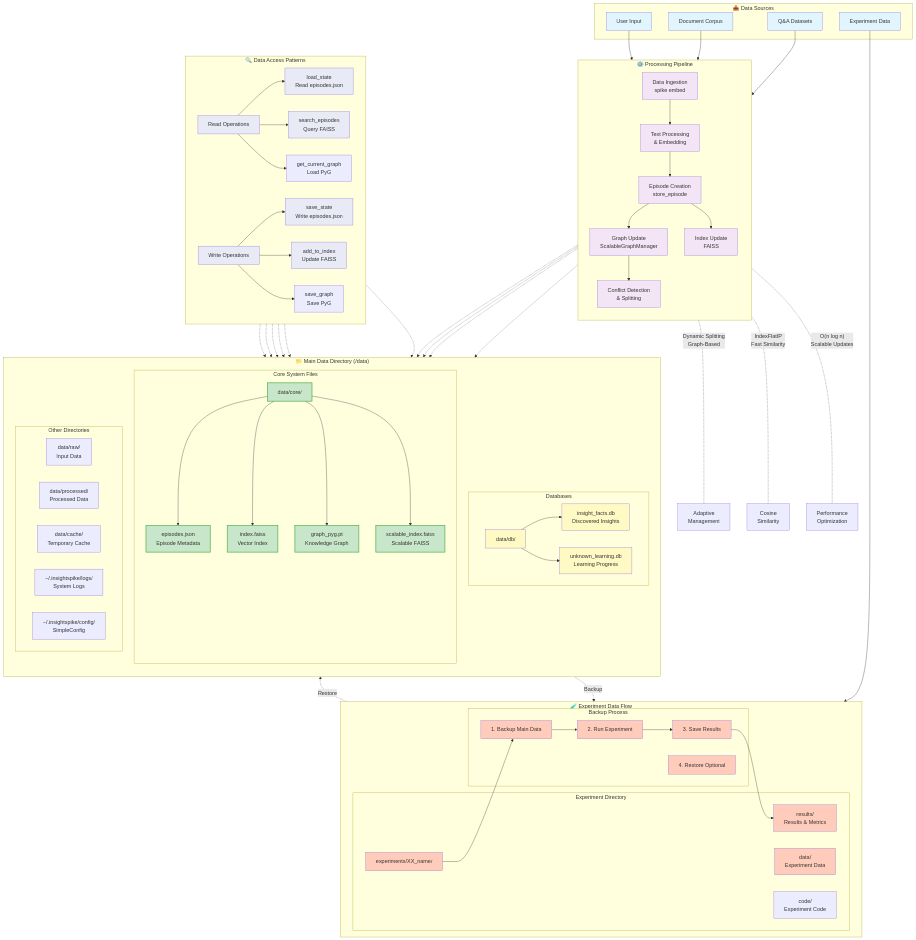
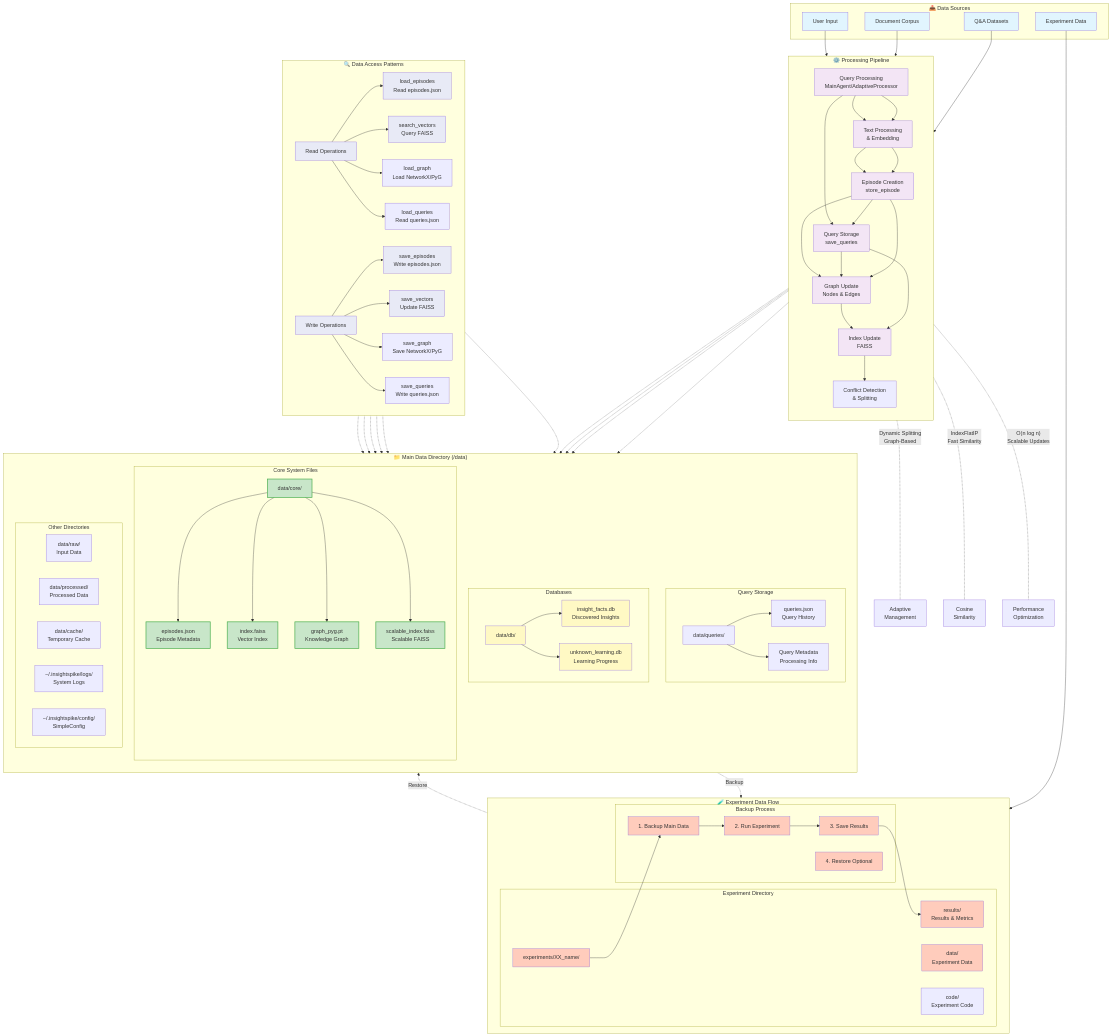
Before and after one commit to miyauchikazuyoshi/InsightSpike-AI: the diagram in docs/diagrams/DATA_FLOW_ARCHITECTURE.mermaid, drawn with Mermaid. The commit also changed 311 other files, not shown here.

```diff
--- a/docs/diagrams/DATA_FLOW_ARCHITECTURE.mermaid
+++ b/docs/diagrams/DATA_FLOW_ARCHITECTURE.mermaid
@@ -1,144 +1,164 @@
 %% InsightSpike-AI Data Flow Architecture
 %% Data flow and management structure
 
 flowchart TB
     %% Data Sources
     subgraph "📥 Data Sources"
         DS1[User Input]
         DS2[Document Corpus]
         DS3[Q&A Datasets]
         DS4[Experiment Data]
     end
     
     %% Main Data Directory Structure
     subgraph "📁 Main Data Directory (/data)"
         direction TB
         
         subgraph "Core System Files"
             Core[data/core/]
             Core_Ep[episodes.json<br/>Episode Metadata]
             Core_Idx[index.faiss<br/>Vector Index]
             Core_Graph[graph_pyg.pt<br/>Knowledge Graph]
             Core_Scale[scalable_index.faiss<br/>Scalable FAISS]
             
             Core --> Core_Ep
             Core --> Core_Idx
             Core --> Core_Graph
             Core --> Core_Scale
+        end
+        
+        subgraph "Query Storage"
+            Queries[data/queries/]
+            Queries_Json[queries.json<br/>Query History]
+            Queries_Meta[Query Metadata<br/>Processing Info]
+            
+            Queries --> Queries_Json
+            Queries --> Queries_Meta
         end
         
         subgraph "Databases"
             DB[data/db/]
             DB_Insights[insight_facts.db<br/>Discovered Insights]
             DB_Learn[unknown_learning.db<br/>Learning Progress]
             
             DB --> DB_Insights
             DB --> DB_Learn
         end
         
         subgraph "Other Directories"
             Raw[data/raw/<br/>Input Data]
             Proc[data/processed/<br/>Processed Data]
             Cache[data/cache/<br/>Temporary Cache]
             Logs[~/.insightspike/logs/<br/>System Logs]
             Config[~/.insightspike/config/<br/>SimpleConfig]
         end
     end
     
     %% Experiment Data Flow
     subgraph "🧪 Experiment Data Flow"
         direction LR
         
         subgraph "Experiment Directory"
             Exp[experiments/XX_name/]
             ExpData[data/<br/>Experiment Data]
             ExpRes[results/<br/>Results & Metrics]
             ExpCode[code/<br/>Experiment Code]
         end
         
         subgraph "Backup Process"
             B1[1. Backup Main Data]
             B2[2. Run Experiment]
             B3[3. Save Results]
             B4[4. Restore Optional]
         end
     end
     
     %% Processing Pipeline
     subgraph "⚙️ Processing Pipeline"
         direction TB
         
-        P1[Data Ingestion<br/>spike embed]
+        P1[Query Processing<br/>MainAgent/AdaptiveProcessor]
         P2[Text Processing<br/>& Embedding]
         P3[Episode Creation<br/>store_episode]
-        P4[Graph Update<br/>ScalableGraphManager]
-        P5[Index Update<br/>FAISS]
-        P6[Conflict Detection<br/>& Splitting]
+        P4[Query Storage<br/>save_queries]
+        P5[Graph Update<br/>Nodes & Edges]
+        P6[Index Update<br/>FAISS]
+        P7[Conflict Detection<br/>& Splitting]
+        
+        P1 --> P2
+        P2 --> P3
+        P1 --> P4
+        P3 --> P5
+        P4 --> P5
+        P5 --> P6
+        P6 --> P7
     end
     
     %% Data Access Patterns
     subgraph "🔍 Data Access Patterns"
         direction LR
         
         Read[Read Operations]
         Write[Write Operations]
         
-        Read --> ReadEp[load_state<br/>Read episodes.json]
-        Read --> ReadIdx[search_episodes<br/>Query FAISS]
-        Read --> ReadGraph[get_current_graph<br/>Load PyG]
+        Read --> ReadEp[load_episodes<br/>Read episodes.json]
+        Read --> ReadIdx[search_vectors<br/>Query FAISS]
+        Read --> ReadGraph[load_graph<br/>Load NetworkX/PyG]
+        Read --> ReadQueries[load_queries<br/>Read queries.json]
         
-        Write --> WriteEp[save_state<br/>Write episodes.json]
-        Write --> WriteIdx[add_to_index<br/>Update FAISS]
-        Write --> WriteGraph[save_graph<br/>Save PyG]
+        Write --> WriteEp[save_episodes<br/>Write episodes.json]
+        Write --> WriteIdx[save_vectors<br/>Update FAISS]
+        Write --> WriteGraph[save_graph<br/>Save NetworkX/PyG]
+        Write --> WriteQueries[save_queries<br/>Write queries.json]
     end
     
     %% Data Flow Connections
     DS1 --> P1
     DS2 --> P1
     DS3 --> P1
     DS4 --> Exp
     
     P1 --> P2 --> P3
     P3 --> P4
     P3 --> P5
     P4 --> P6
     
     P3 -.-> Core_Ep
     P5 -.-> Core_Idx
     P4 -.-> Core_Graph
     P4 -.-> Core_Scale
     
     Exp --> B1
     Core -.-> |Backup| ExpData
     B1 --> B2 --> B3
     B3 --> ExpRes
     B4 -.-> |Restore| Core
     
     %% Access Pattern Connections
     ReadEp -.-> Core_Ep
     ReadIdx -.-> Core_Idx
     ReadGraph -.-> Core_Graph
     
     WriteEp -.-> Core_Ep
     WriteIdx -.-> Core_Idx
     WriteGraph -.-> Core_Graph
     
     %% Performance Annotations
     P4 -.- |"O(n log n)<br/>Scalable Updates"| note1[Performance<br/>Optimization]
     P5 -.- |"IndexFlatIP<br/>Fast Similarity"| note2[Cosine<br/>Similarity]
     P6 -.- |"Dynamic Splitting<br/>Graph-Based"| note3[Adaptive<br/>Management]
     
     %% Styling
     classDef dataSource fill:#e1f5fe
     classDef coreData fill:#c8e6c9,stroke:#4caf50,stroke-width:2px
     classDef database fill:#fff9c4
     classDef process fill:#f3e5f5
     classDef experiment fill:#ffccbc
     classDef access fill:#e8eaf6
     
     class DS1,DS2,DS3,DS4 dataSource
     class Core,Core_Ep,Core_Idx,Core_Graph,Core_Scale coreData
     class DB,DB_Insights,DB_Learn database
     class P1,P2,P3,P4,P5,P6 process
     class Exp,ExpData,ExpRes,B1,B2,B3,B4 experiment
     class Read,Write,ReadEp,ReadIdx,WriteEp,WriteIdx access
```
